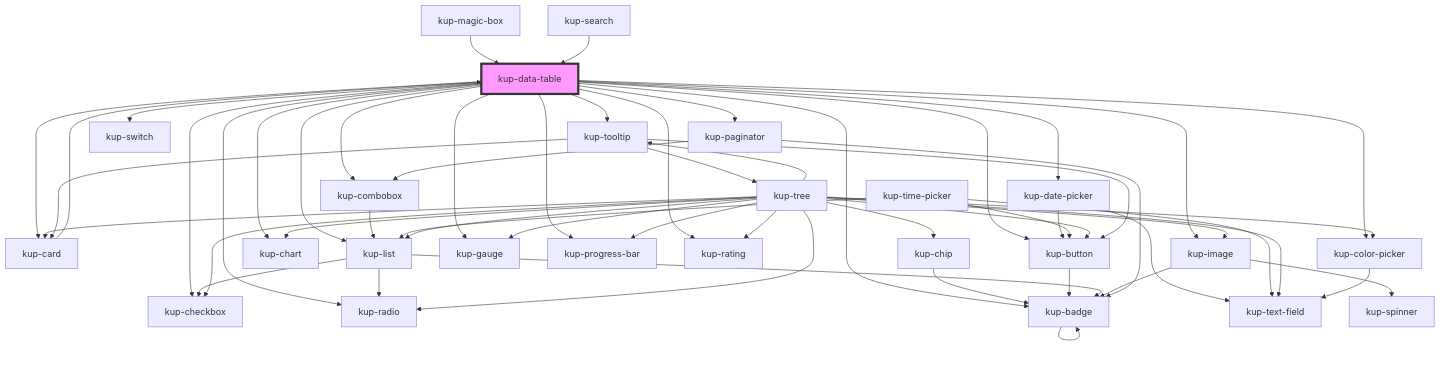
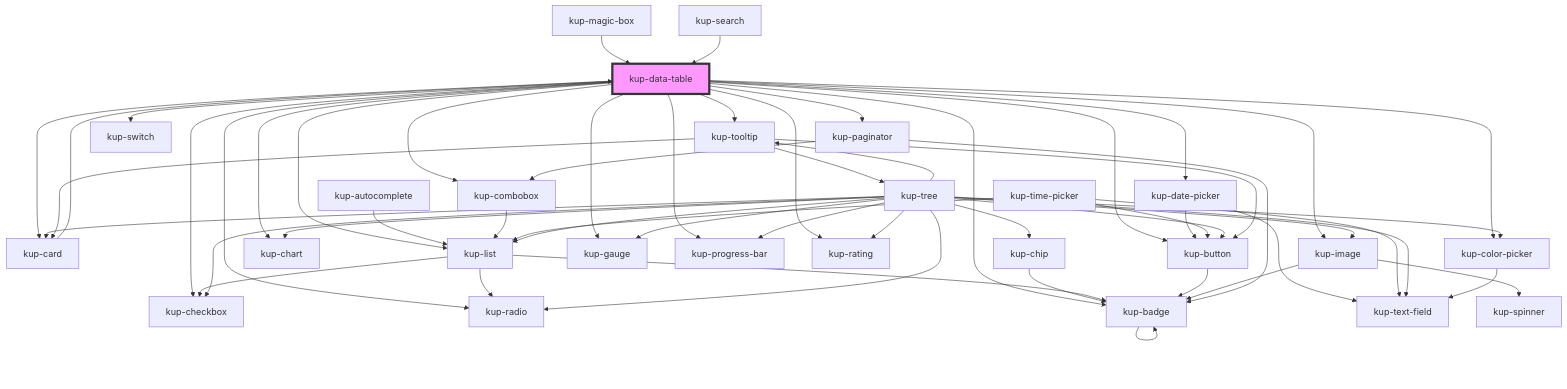
The diagram in packages/ketchup/src/components/kup-data-table/readme.md (smeup/ketchup), drawn with Mermaid before and after one commit. The commit also changed 12 other files, not shown here.

````diff
--- a/packages/ketchup/src/components/kup-data-table/readme.md
+++ b/packages/ketchup/src/components/kup-data-table/readme.md
@@ -249,58 +249,59 @@
 ```mermaid
 graph TD;
   kup-data-table --> kup-card
   kup-data-table --> kup-checkbox
   kup-data-table --> kup-tooltip
   kup-data-table --> kup-list
   kup-data-table --> kup-date-picker
   kup-data-table --> kup-image
   kup-data-table --> kup-button
   kup-data-table --> kup-chart
   kup-data-table --> kup-color-picker
   kup-data-table --> kup-gauge
   kup-data-table --> kup-progress-bar
   kup-data-table --> kup-rating
   kup-data-table --> kup-radio
   kup-data-table --> kup-paginator
   kup-data-table --> kup-switch
   kup-data-table --> kup-combobox
   kup-data-table --> kup-badge
   kup-card --> kup-data-table
   kup-chip --> kup-badge
   kup-badge --> kup-badge
-  kup-button --> kup-badge
-  kup-combobox --> kup-list
+  kup-autocomplete --> kup-list
   kup-list --> kup-radio
   kup-list --> kup-checkbox
   kup-list --> kup-badge
+  kup-button --> kup-badge
+  kup-combobox --> kup-list
   kup-date-picker --> kup-text-field
   kup-date-picker --> kup-button
   kup-time-picker --> kup-text-field
   kup-time-picker --> kup-button
   kup-time-picker --> kup-list
   kup-tree --> kup-image
   kup-tree --> kup-button
   kup-tree --> kup-chart
   kup-tree --> kup-checkbox
   kup-tree --> kup-chip
   kup-tree --> kup-color-picker
   kup-tree --> kup-gauge
   kup-tree --> kup-progress-bar
   kup-tree --> kup-rating
   kup-tree --> kup-radio
   kup-tree --> kup-tooltip
   kup-tree --> kup-list
   kup-tree --> kup-text-field
   kup-tree --> kup-card
   kup-image --> kup-spinner
   kup-image --> kup-badge
   kup-color-picker --> kup-text-field
   kup-tooltip --> kup-button
   kup-tooltip --> kup-card
   kup-tooltip --> kup-tree
   kup-paginator --> kup-combobox
   kup-paginator --> kup-badge
   kup-magic-box --> kup-data-table
   kup-search --> kup-data-table
   style kup-data-table fill:#f9f,stroke:#333,stroke-width:4px
 ```
````
